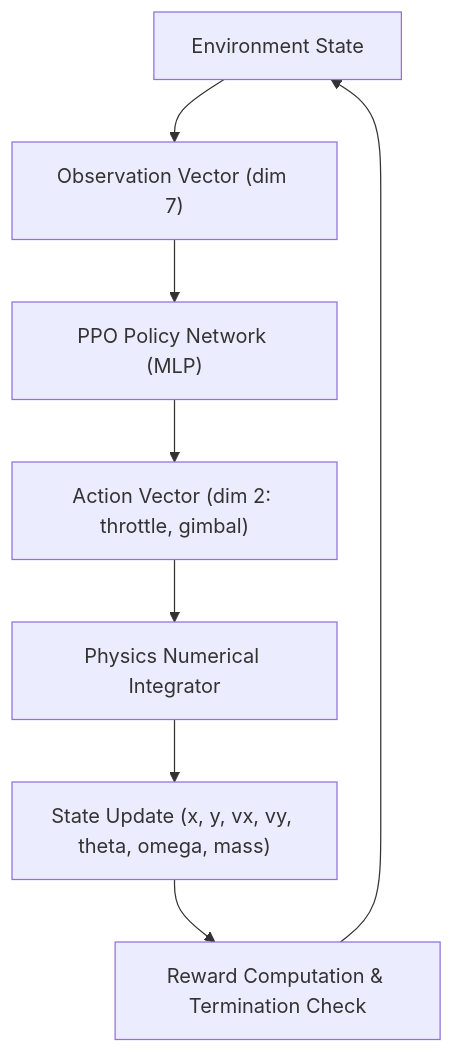
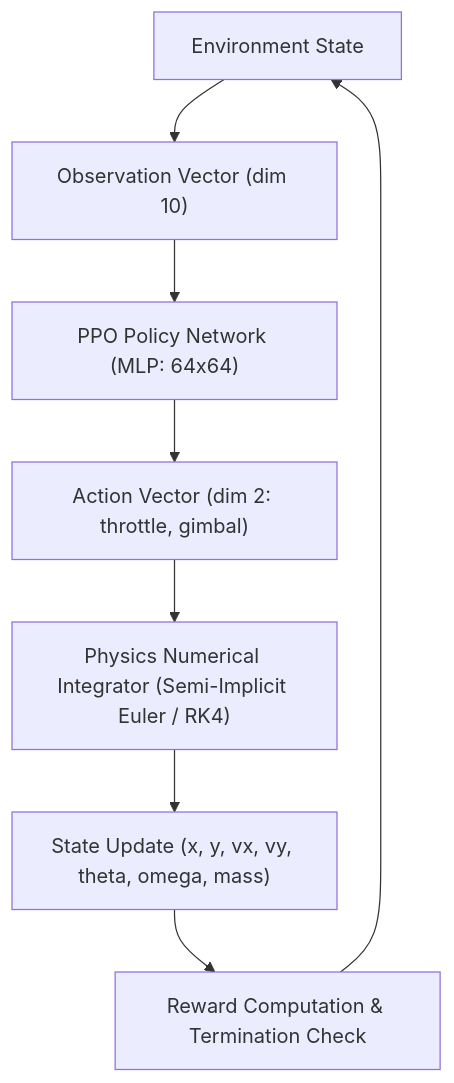
The first of 3 diagrams in README.md (AdityaSurse/hoverslam), drawn with Mermaid before and after one commit. The commit also changed other lines of this file, not shown here.

````diff
--- a/README.md
+++ b/README.md
@@ -30,10 +75,10 @@
 ```mermaid
 flowchart TD
-    A["Environment State"] --> B["Observation Vector (dim 7)"]
-    B --> C["PPO Policy Network (MLP)"]
+    A["Environment State"] --> B["Observation Vector (dim 10)"]
+    B --> C["PPO Policy Network (MLP: 64x64)"]
     C --> D["Action Vector (dim 2: throttle, gimbal)"]
-    D --> E["Physics Numerical Integrator"]
+    D --> E["Physics Numerical Integrator (Semi-Implicit Euler / RK4)"]
     E --> F["State Update (x, y, vx, vy, theta, omega, mass)"]
     F --> G["Reward Computation & Termination Check"]
     G --> A
 ```
````
